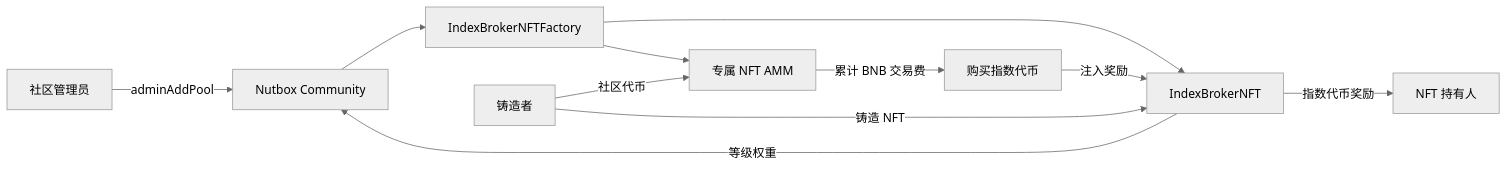
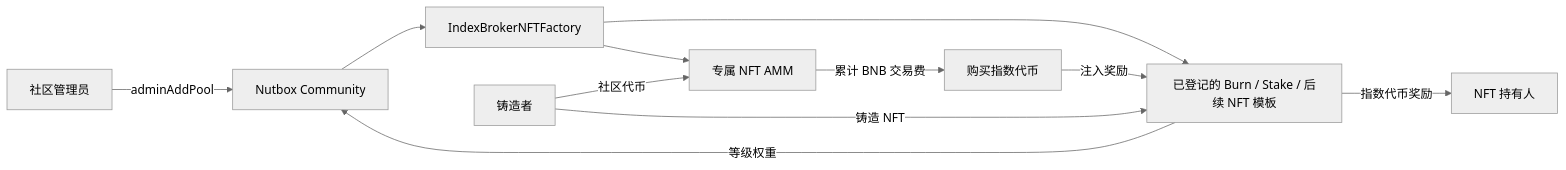
One commit to tagai-dao/TagAI-contract-V2 changed the diagram in src/nutbox/dapps/index-broker-nft/README.md. Above: the diagram before and after it, drawn with Mermaid (neutral theme). The commit also changed other lines of this file and 21 other files, not shown here.

````diff
--- a/src/nutbox/dapps/index-broker-nft/README.md
+++ b/src/nutbox/dapps/index-broker-nft/README.md
@@ -28,13 +30,13 @@
 ```mermaid
 flowchart LR
     O["社区管理员"] -->|adminAddPool| C["Nutbox Community"]
     C --> F["IndexBrokerNFTFactory"]
-    F --> N["IndexBrokerNFT"]
+    F --> N["已登记的 Burn / Stake / 后续 NFT 模板"]
     F --> A["专属 NFT AMM"]
     U["铸造者"] -->|社区代币| A
     U -->|铸造 NFT| N
     N -->|等级权重| C
     A -->|累计 BNB 交易费| B["购买指数代币"]
     B -->|注入奖励| N
     N -->|指数代币奖励| H["NFT 持有人"]
 ```
````
